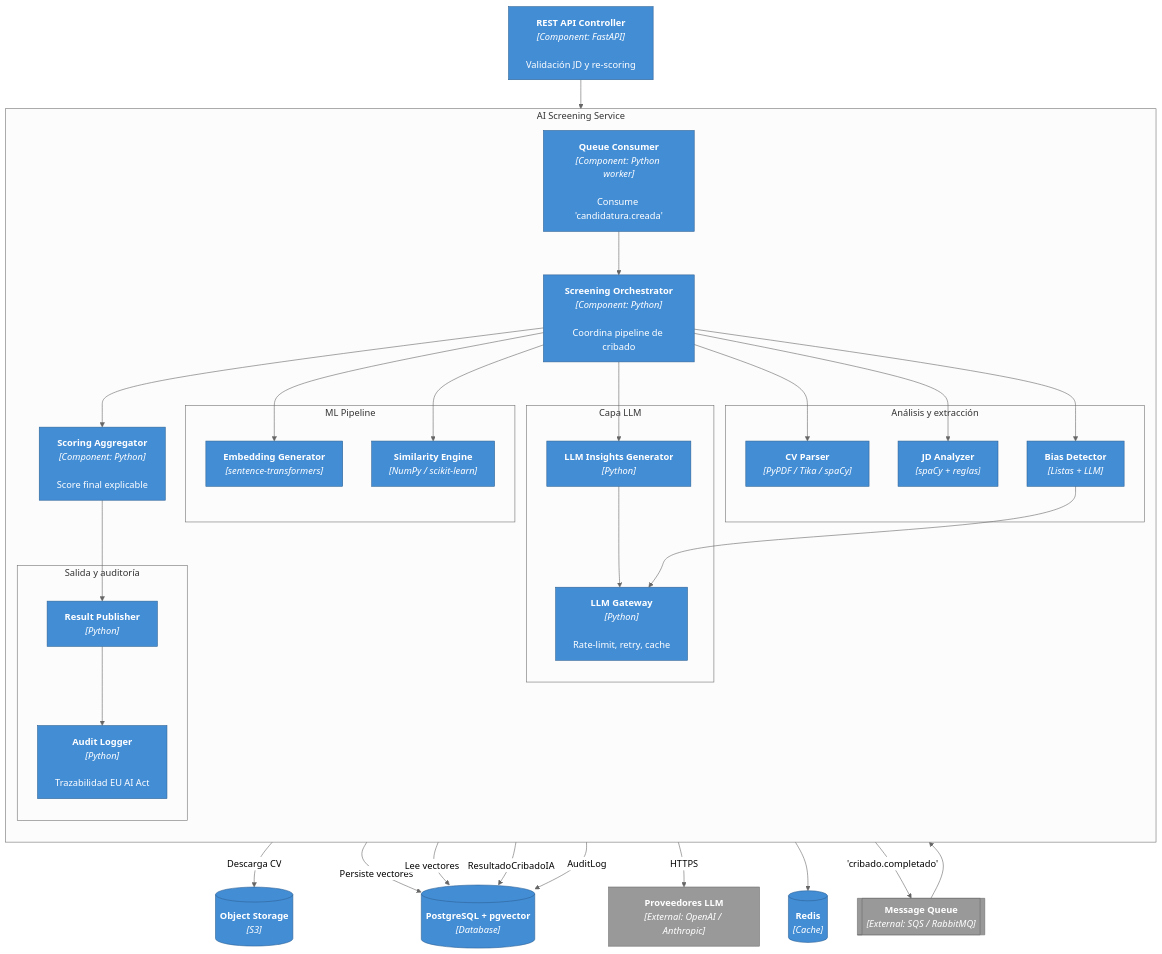
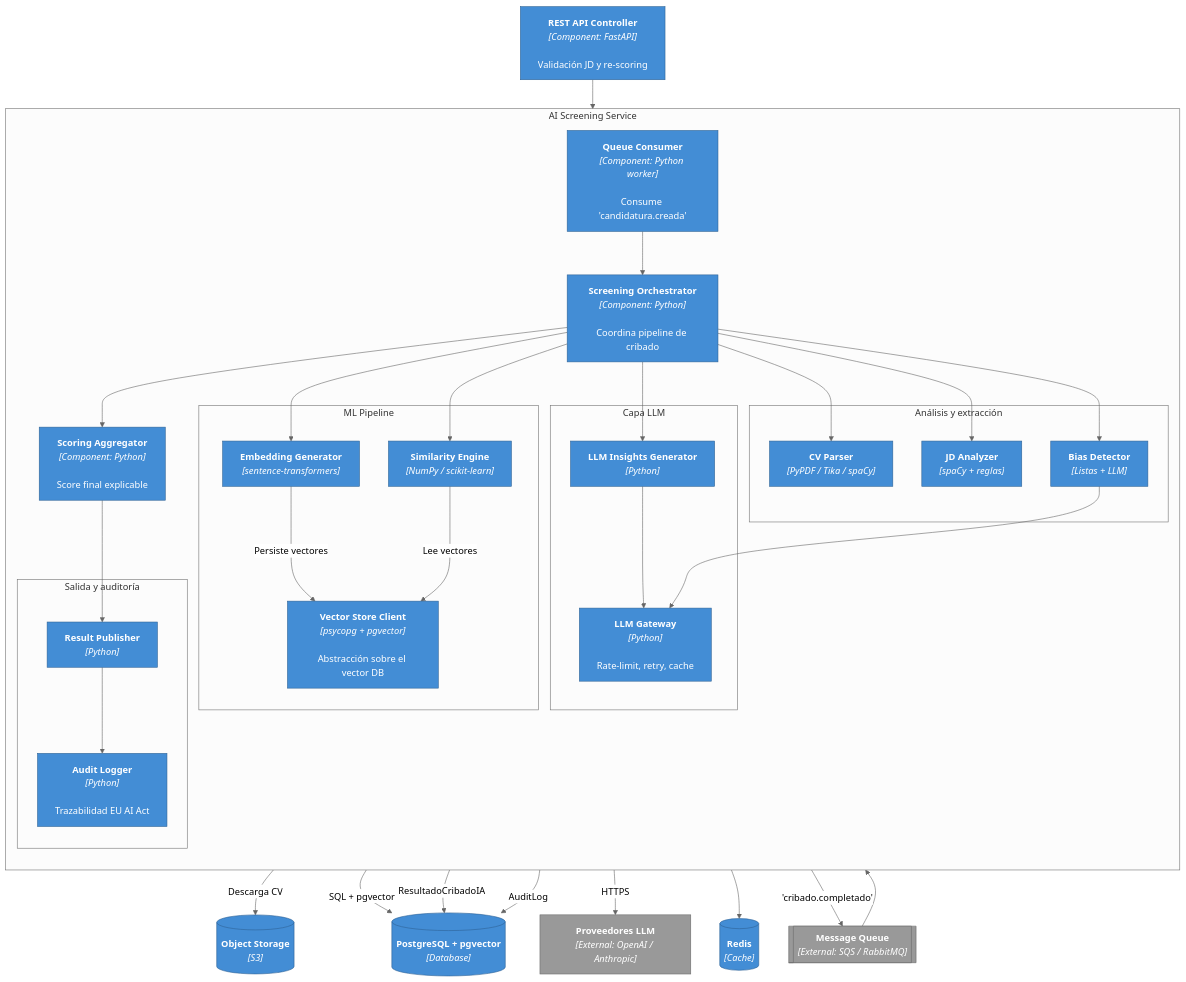
One commit to antjimar/AI4Devs-design-1-2604 changed the ninth of 9 diagrams in LTI-AJM/LTI-AJM.md. Above: the diagram before and after it, drawn with Mermaid (neutral theme). The commit also changed other lines of this file, not shown here.

```diff
--- a/LTI-AJM/LTI-AJM.md
+++ b/LTI-AJM/LTI-AJM.md
@@ -820,6 +838,7 @@
         subgraph ml["ML Pipeline"]
             embeddings["<b>Embedding Generator</b><br/><i>[sentence-transformers]</i>"]
             similarity["<b>Similarity Engine</b><br/><i>[NumPy / scikit-learn]</i>"]
+            vectorClient["<b>Vector Store Client</b><br/><i>[psycopg + pgvector]</i><br/><br/>Abstracción sobre el vector DB"]
         end
 
         subgraph llmLayer["Capa LLM"]
@@ -855,8 +874,9 @@
     %% Orchestrator → ML
     orchestrator --> embeddings
     orchestrator --> similarity
-    embeddings -->|"Persiste vectores"| pg
-    similarity -->|"Lee vectores"| pg
+    embeddings -->|"Persiste vectores"| vectorClient
+    similarity -->|"Lee vectores"| vectorClient
+    vectorClient -->|"SQL + pgvector"| pg
 
     %% Orchestrator → LLM
     orchestrator --> llmInsights
@@ -879,7 +899,7 @@
     classDef external fill:#999999,stroke:#6B6B6B,color:#fff
     classDef queue fill:#999999,stroke:#6B6B6B,color:#fff
 
-    class consumer,orchestrator,cvParser,jdAnalyzer,biasDetector,embeddings,similarity,llmInsights,llmGateway,scorer,publisher,audit,api component
+    class consumer,orchestrator,cvParser,jdAnalyzer,biasDetector,embeddings,similarity,vectorClient,llmInsights,llmGateway,scorer,publisher,audit,api component
     class pg,redis,s3 database
     class llm external
     class queue queue
```
